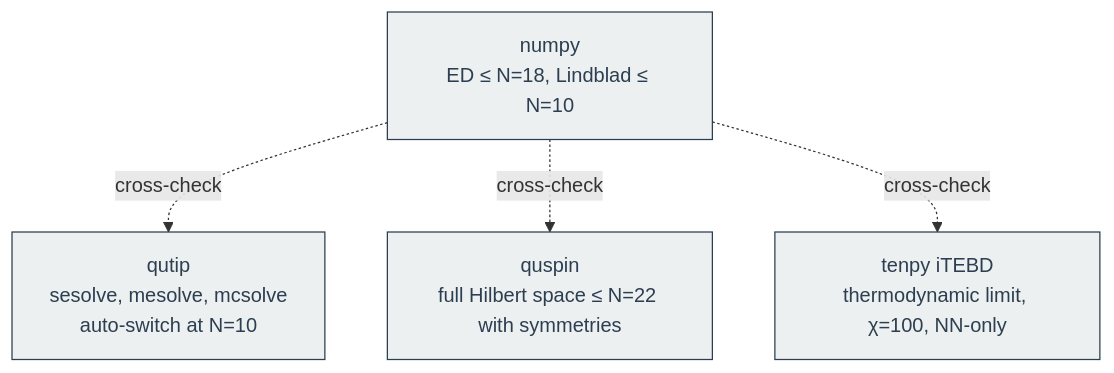
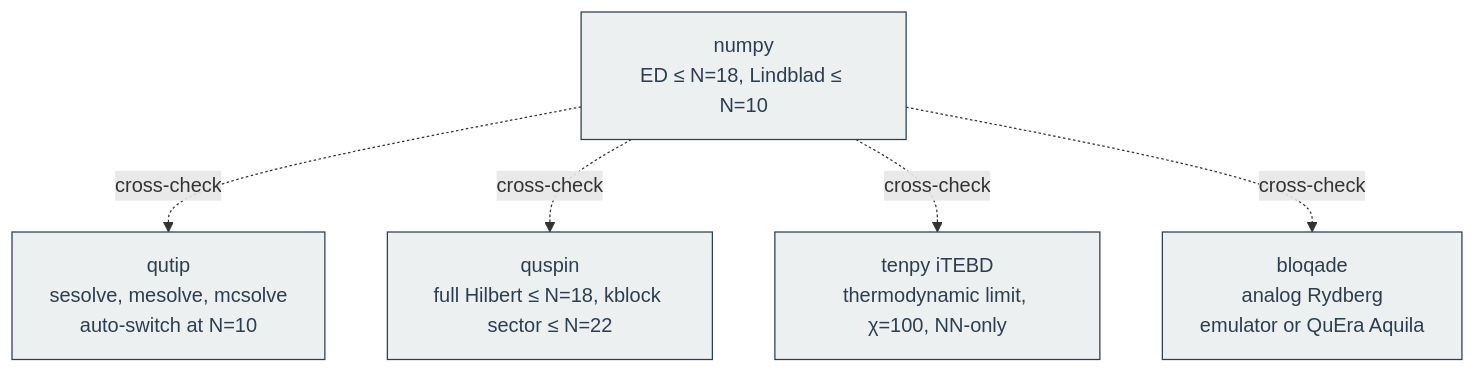
Before and after one commit to sonoransun/rydbergtrampoline: the fourth of 5 diagrams in README.md, drawn with Mermaid. The commit also changed other lines of this file and 11 other files, not shown here.

````diff
--- a/README.md
+++ b/README.md
@@ -143,11 +171,13 @@
 ```mermaid
 flowchart TD
     classDef box fill:#ecf0f1,stroke:#2c3e50,color:#2c3e50;
     A[numpy<br/>ED ≤ N=18, Lindblad ≤ N=10]:::box
     B[qutip<br/>sesolve, mesolve, mcsolve<br/>auto-switch at N=10]:::box
-    C[quspin<br/>full Hilbert space ≤ N=22 with symmetries]:::box
+    C[quspin<br/>full Hilbert ≤ N=18, kblock sector ≤ N=22]:::box
     D[tenpy iTEBD<br/>thermodynamic limit, χ=100, NN-only]:::box
+    E[bloqade<br/>analog Rydberg<br/>emulator or QuEra Aquila]:::box
     A -. cross-check .-> B
     A -. cross-check .-> C
     A -. cross-check .-> D
+    A -. cross-check .-> E
 ```
````
